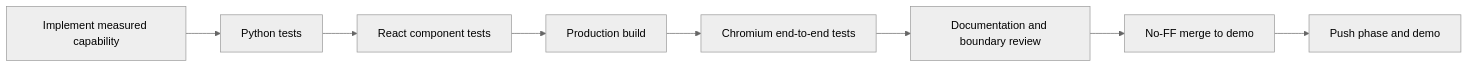
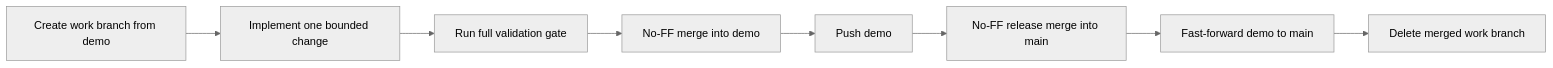
One commit to madhavpr191221/agentic-ai-statistics changed the diagram in docs/DEMO_WORKFLOW.md. Above: the diagram before and after it, drawn with Mermaid (neutral theme). The commit also changed other lines of this file and 77 other files, not shown here.

````diff
--- a/docs/DEMO_WORKFLOW.md
+++ b/docs/DEMO_WORKFLOW.md
@@ -89,10 +12,10 @@
 ```mermaid
 flowchart LR
-    A[Implement measured capability] --> B[Python tests]
-    B --> C[React component tests]
-    C --> D[Production build]
-    D --> E[Chromium end-to-end tests]
-    E --> F[Documentation and boundary review]
-    F --> G[No-FF merge to demo]
-    G --> H[Push phase and demo]
+    A[Create work branch from demo] --> B[Implement one bounded change]
+    B --> C[Run full validation gate]
+    C --> D[No-FF merge into demo]
+    D --> E[Push demo]
+    E --> F[No-FF release merge into main]
+    F --> G[Fast-forward demo to main]
+    G --> H[Delete merged work branch]
 ```
````
